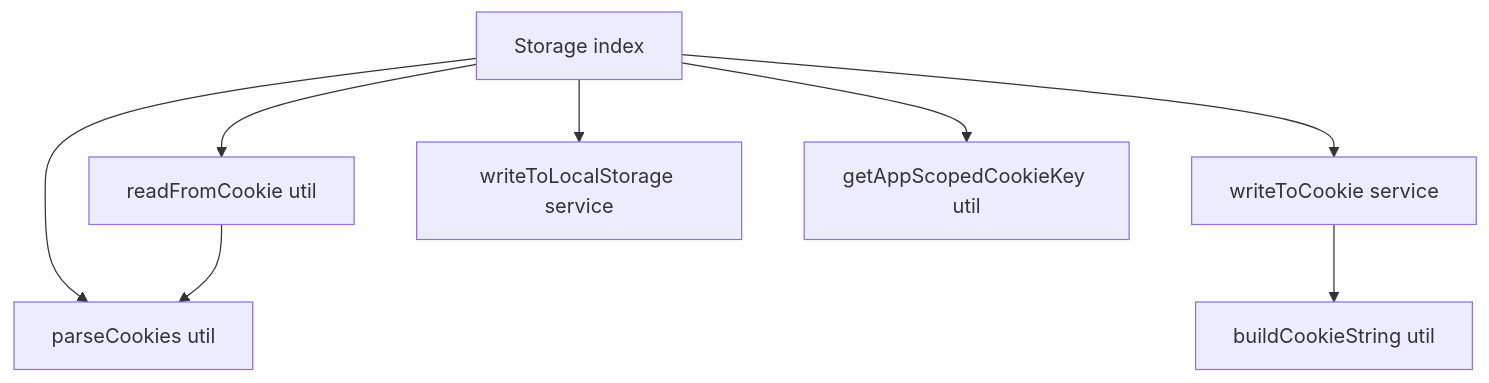
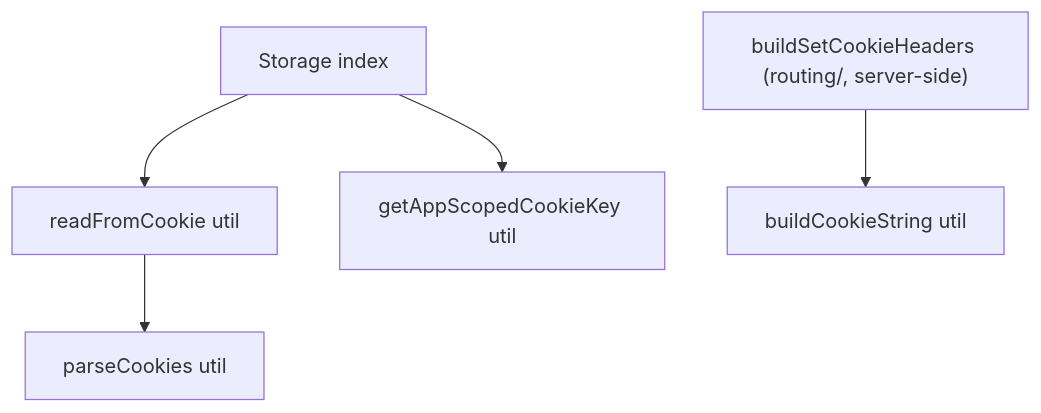
The diagram in packages/ui/src/utils/storage/ARCHITECTURE.md (luciocabrera/lcabrera-stack), drawn with Mermaid before and after one commit. The commit also changed other lines of this file and 72 other files, not shown here.

````diff
--- a/packages/ui/src/utils/storage/ARCHITECTURE.md
+++ b/packages/ui/src/utils/storage/ARCHITECTURE.md
@@ -34,11 +39,8 @@
 ```mermaid
 graph TD
-  Index[Storage index] --> Parse[parseCookies util]
-  Index --> Read[readFromCookie util]
-  Index --> WriteCookie[writeToCookie service]
-  Index --> WriteLocal[writeToLocalStorage service]
+  Index[Storage index] --> Read[readFromCookie util]
   Index --> ScopedKey[getAppScopedCookieKey util]
+  Read --> Parse[parseCookies util]
 
-  WriteCookie --> BuildCookie[buildCookieString util]
-  Read --> Parse
+  BuildHeaders["buildSetCookieHeaders (routing/, server-side)"] --> BuildCookie[buildCookieString util]
 ```
````
